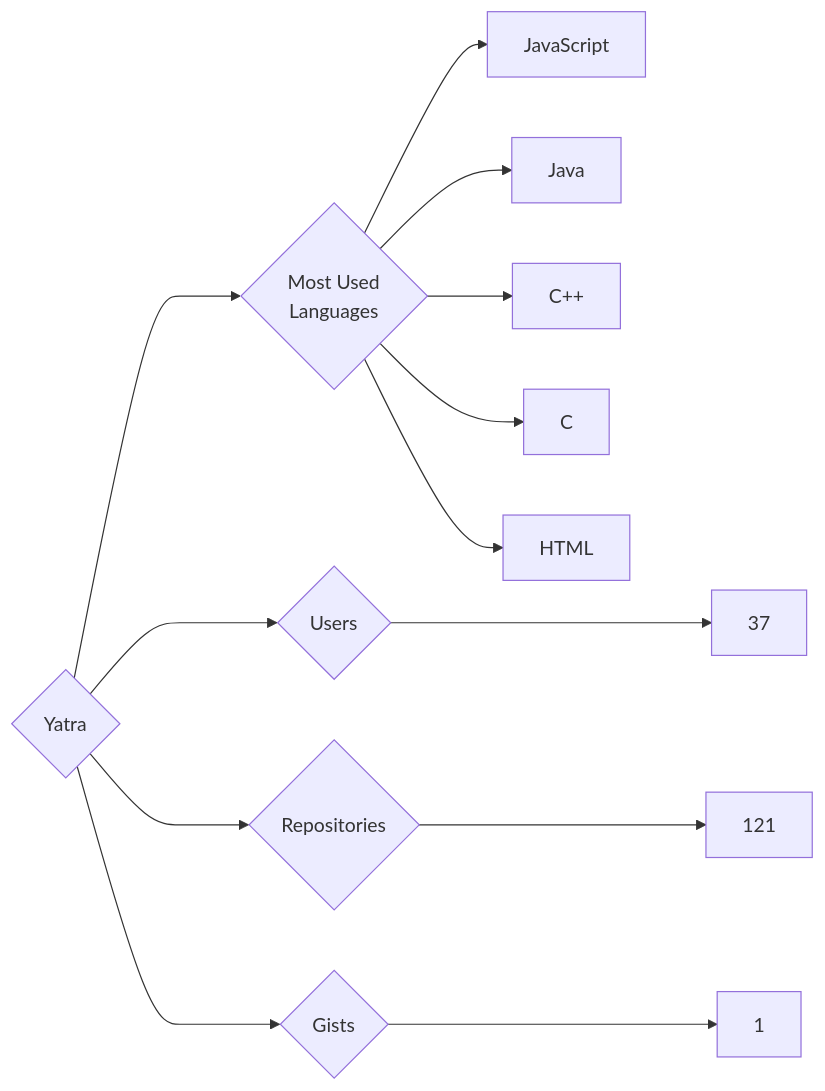
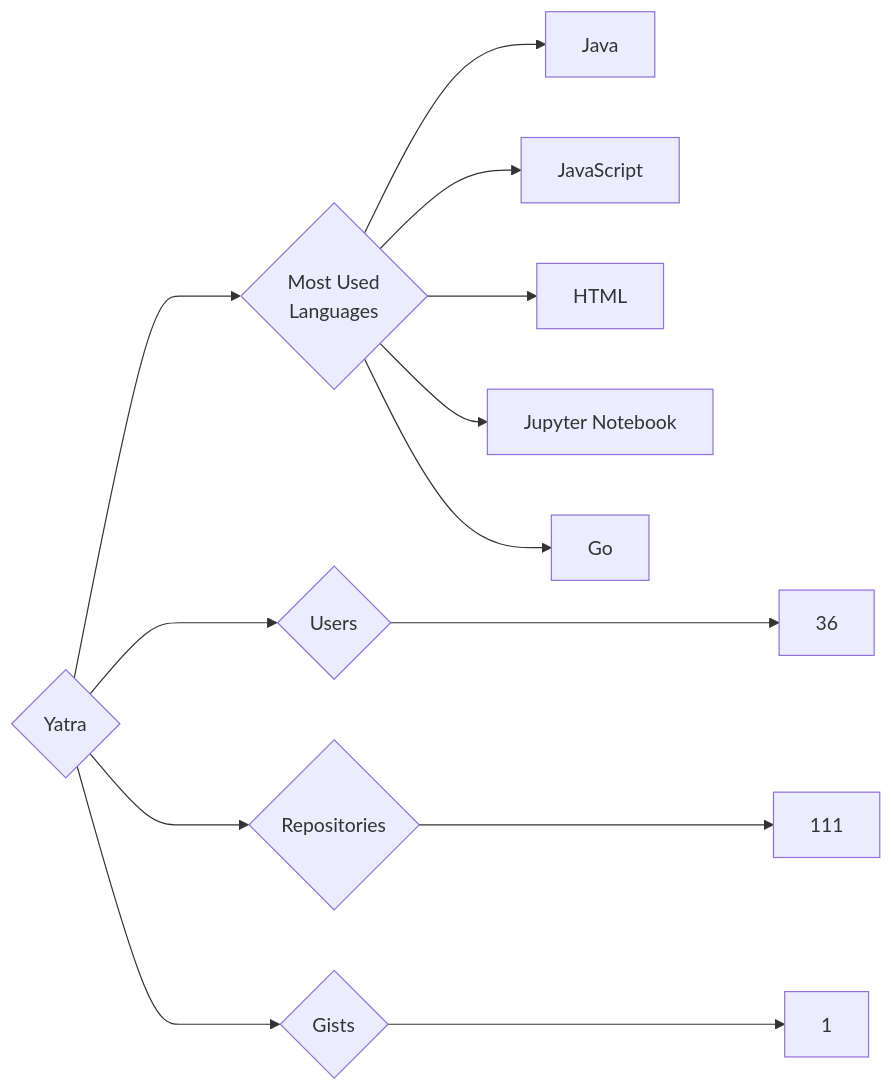
Before and after one commit to trickest/insiders: the diagram in targets/Yatra/README.md, drawn with Mermaid. The commit also changed 682 other files, not shown here.

````diff
--- a/targets/Yatra/README.md
+++ b/targets/Yatra/README.md
@@ -3,13 +3,13 @@
 ```mermaid
 graph LR
 COMPANY_NAME{Yatra}
-COMPANY_NAME ---> U{Users} ---> UN[37]
-COMPANY_NAME ---> R{Repositories} ---> RN[121]
+COMPANY_NAME ---> U{Users} ---> UN[36]
+COMPANY_NAME ---> R{Repositories} ---> RN[111]
 COMPANY_NAME ---> G{Gists} ---> GN[1]
 COMPANY_NAME ---> ML{Most Used<br>Languages}
+ML --> Java[Java]
 ML --> JavaScript[JavaScript]
-ML --> Java[Java]
-ML --> C++[C++]
-ML --> C[C]
 ML --> HTML[HTML]
+ML --> Jupyter_Notebook[Jupyter Notebook]
+ML --> Go[Go]
 ```
````
